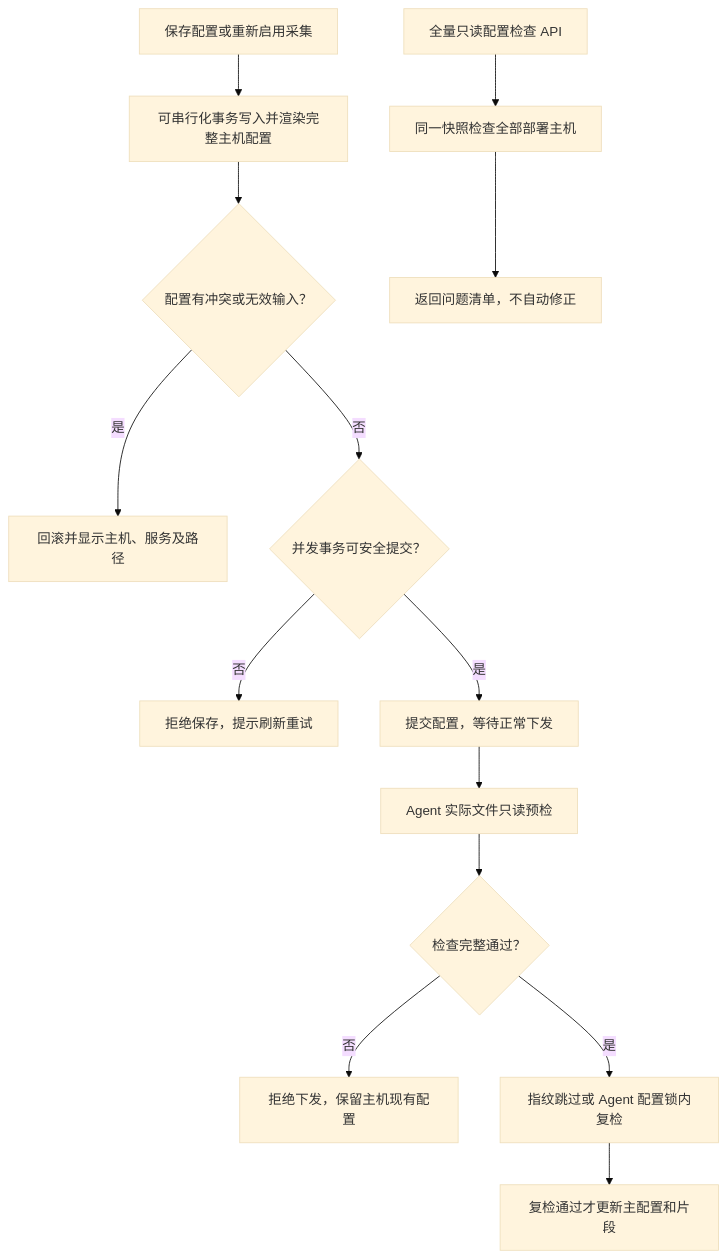
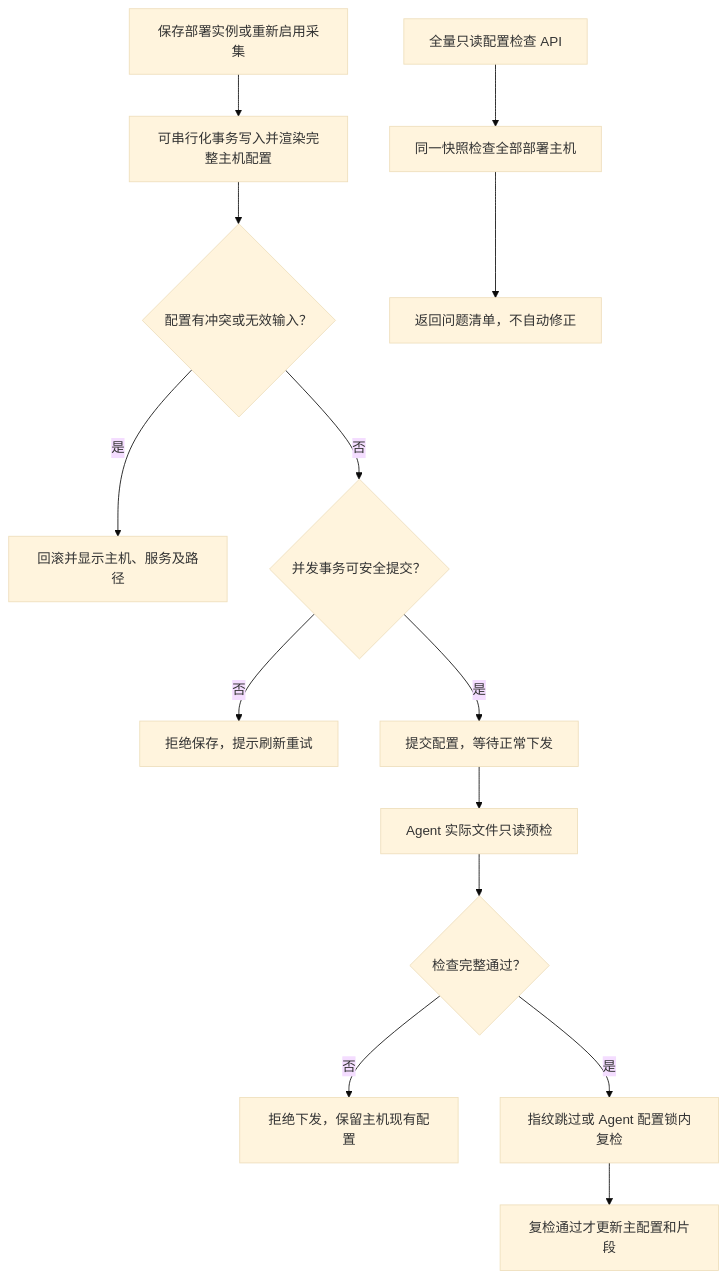
The second of 8 diagrams in docs/architecture/modules/LOGGING.md (chlinwei/djadmin), drawn with Mermaid (base theme) before and after one commit. The commit also changed other lines of this file and 13 other files, not shown here.

````diff
--- a/docs/architecture/modules/LOGGING.md
+++ b/docs/architecture/modules/LOGGING.md
@@ -65,16 +66,16 @@
 ```mermaid
 flowchart TD
-    A["保存配置或重新启用采集"] --> B["可串行化事务写入并渲染完整主机配置"]
+    A["保存部署实例或重新启用采集"] --> B["可串行化事务写入并渲染完整主机配置"]
     B --> C{"配置有冲突或无效输入？"}
     C -->|是| D["回滚并显示主机、服务及路径"]
     C -->|否| E{"并发事务可安全提交？"}
     E -->|否| F["拒绝保存，提示刷新重试"]
     E -->|是| G["提交配置，等待正常下发"]
     G --> K["Agent 实际文件只读预检"]
     K --> L{"检查完整通过？"}
     L -->|否| M["拒绝下发，保留主机现有配置"]
     L -->|是| N["指纹跳过或 Agent 配置锁内复检"]
     N --> O["复检通过才更新主配置和片段"]
     H["全量只读配置检查 API"] --> I["同一快照检查全部部署主机"]
     I --> J["返回问题清单，不自动修正"]
 ```
````
